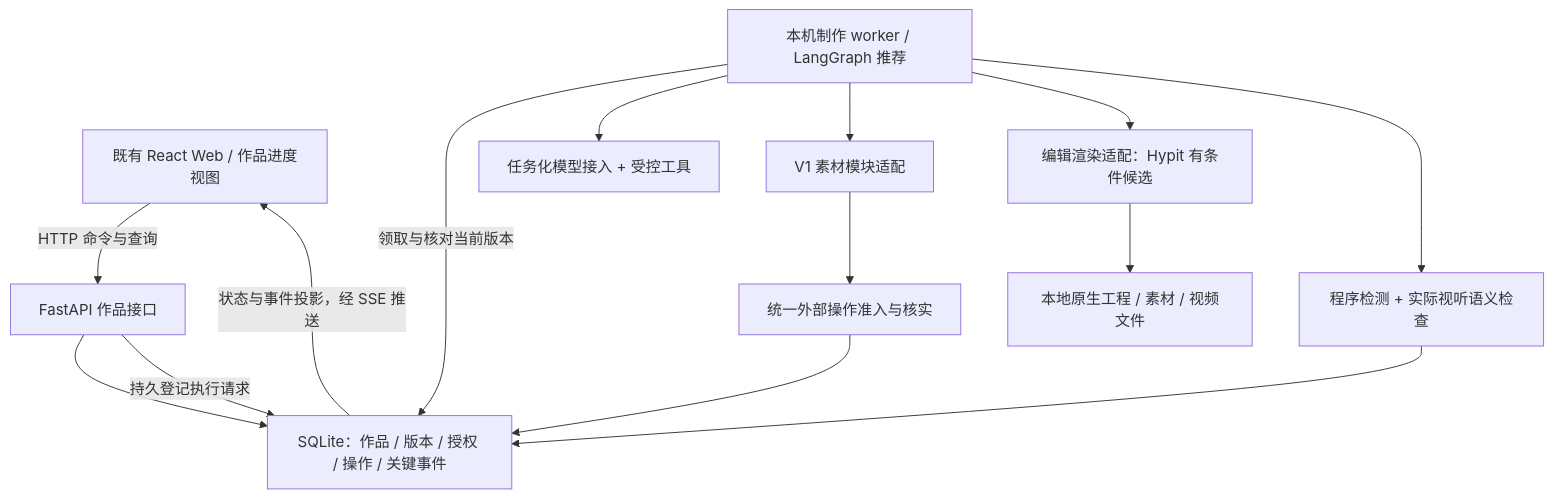
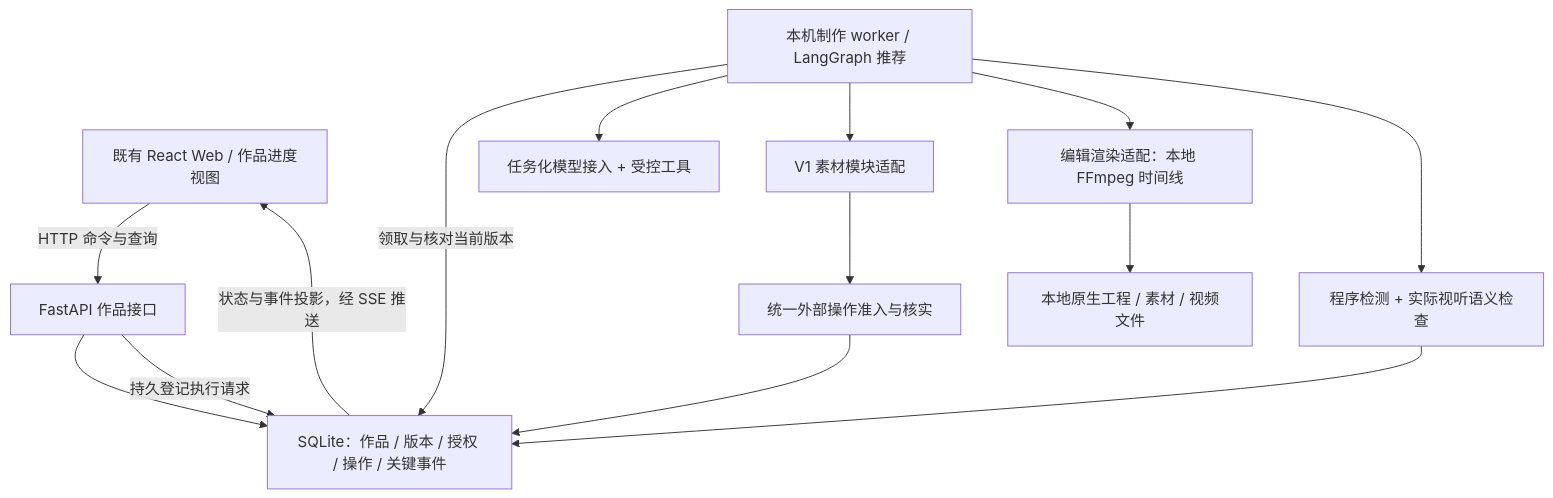
Before and after one commit to webxia/Easel: the diagram in docs/v2/14_TECHNOLOGY_SELECTION.md, drawn with Mermaid. The commit also changed other lines of this file and 19 other files, not shown here.

````diff
--- a/docs/v2/14_TECHNOLOGY_SELECTION.md
+++ b/docs/v2/14_TECHNOLOGY_SELECTION.md
@@ -21,16 +21,16 @@
 ```mermaid
 flowchart TD
   WEB[既有 React Web / 作品进度视图] -->|HTTP 命令与查询| API[FastAPI 作品接口]
   API --> DB[SQLite：作品 / 版本 / 授权 / 操作 / 关键事件]
   DB -->|状态与事件投影，经 SSE 推送| WEB
   API -->|持久登记执行请求| DB
   WORKER[本机制作 worker / LangGraph 推荐] -->|领取与核对当前版本| DB
   WORKER --> MODEL[任务化模型接入 + 受控工具]
   WORKER --> MAT[V1 素材模块适配]
   MAT --> OPS[统一外部操作准入与核实]
   OPS --> DB
-  WORKER --> EDIT[编辑渲染适配：Hypit 有条件候选]
+  WORKER --> EDIT[编辑渲染适配：本地 FFmpeg 时间线]
   EDIT --> FILES[本地原生工程 / 素材 / 视频文件]
   WORKER --> QC[程序检测 + 实际视听语义检查]
   QC --> DB
 ```
````
